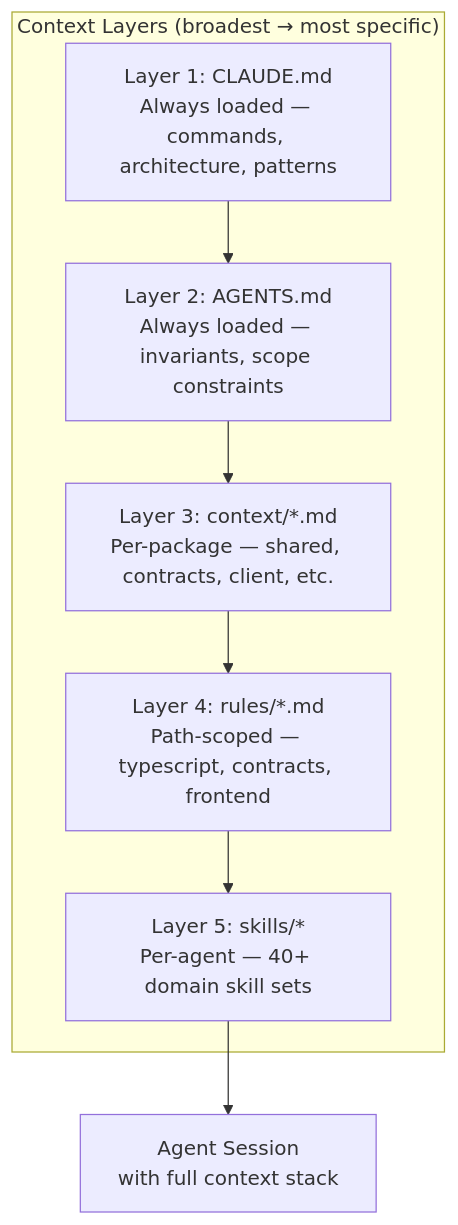
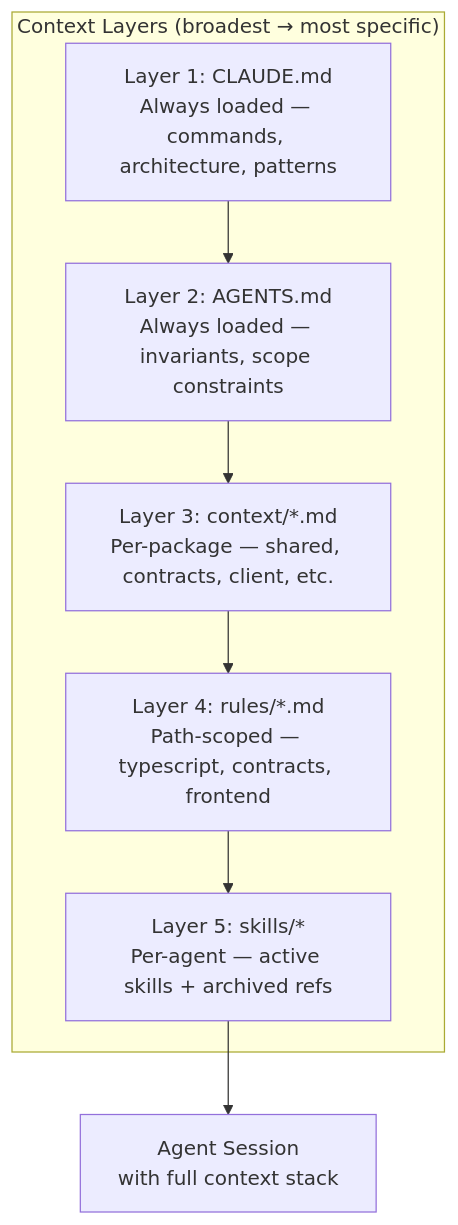
The diagram in docs/docs/builders/agentic/context-engineering.mdx (greenpill-dev-guild/green-goods), drawn with Mermaid before and after one commit. The commit also changed other lines of this file and 4 other files, not shown here.

````diff
--- a/docs/docs/builders/agentic/context-engineering.mdx
+++ b/docs/docs/builders/agentic/context-engineering.mdx
@@ -14,14 +14,14 @@
 ```mermaid
 graph TB
     subgraph Layers["Context Layers (broadest → most specific)"]
         L1["Layer 1: CLAUDE.md\nAlways loaded — commands, architecture, patterns"]
         L2["Layer 2: AGENTS.md\nAlways loaded — invariants, scope constraints"]
         L3["Layer 3: context/*.md\nPer-package — shared, contracts, client, etc."]
         L4["Layer 4: rules/*.md\nPath-scoped — typescript, contracts, frontend"]
-        L5["Layer 5: skills/*\nPer-agent — 40+ domain skill sets"]
+        L5["Layer 5: skills/*\nPer-agent — active skills + archived refs"]
     end
 
     L1 --> L2 --> L3 --> L4 --> L5
 
     L5 --> Agent["Agent Session\nwith full context stack"]
 ```
````
